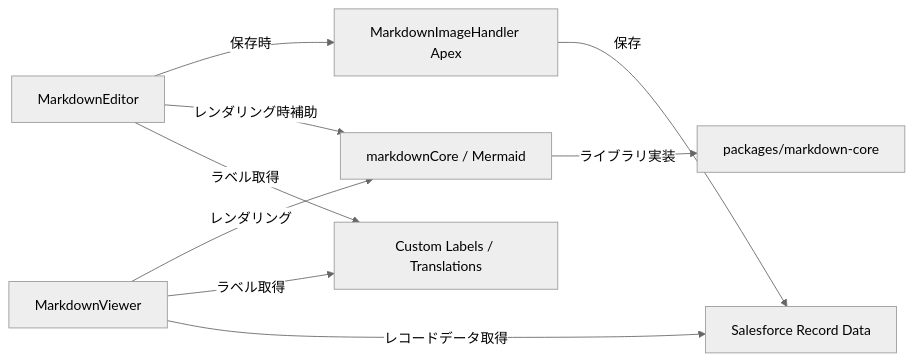
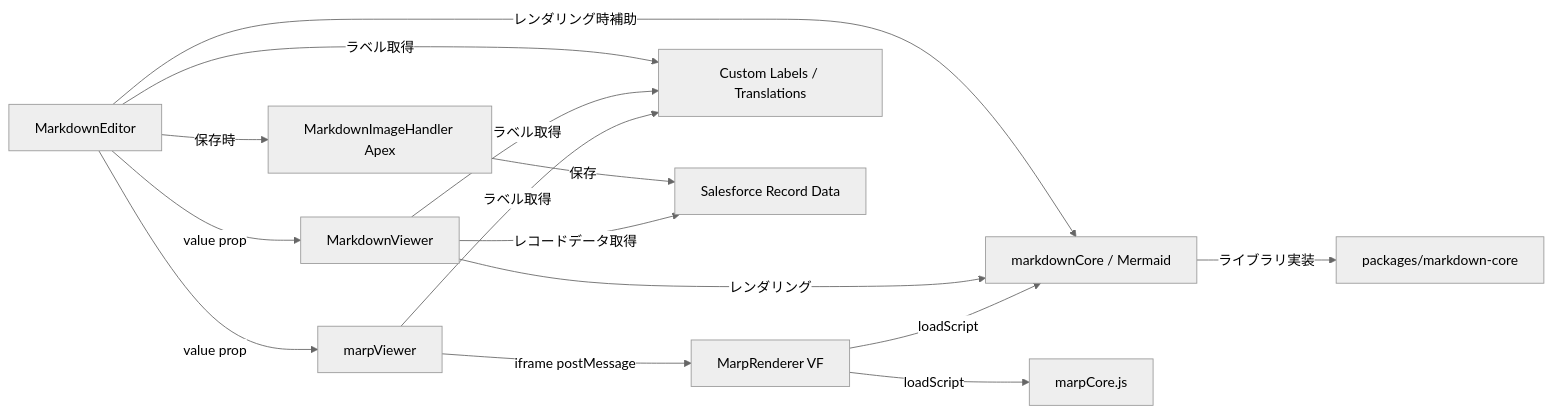
Before and after one commit to jsugawara-keizu/sf-markdown-editor: the diagram in docs/markdown-components.md, drawn with Mermaid (neutral theme). The commit also changed other lines of this file, not shown here.

First line of the commit message:
docs: marpViewer / MarpRenderer / marpCore の設計ドキュメント追加

````diff
--- a/docs/markdown-components.md
+++ b/docs/markdown-components.md
@@ -115,19 +152,28 @@
 ```mermaid
 flowchart LR
   E[MarkdownEditor]
   V[MarkdownViewer]
+  MV[marpViewer]
+  MR[MarpRenderer VF]
   A[MarkdownImageHandler Apex]
   MC[markdownCore / Mermaid]
+  MP[marpCore.js]
   P[packages/markdown-core]
   L[Custom Labels / Translations]
   R[Salesforce Record Data]
 
+  E -->|value prop| MV
+  E -->|value prop| V
   E -->|保存時| A
   A -->|保存| R
   E -->|レンダリング時補助| MC
   V -->|レンダリング| MC
   MC -->|ライブラリ実装| P
+  MV -->|iframe postMessage| MR
+  MR -->|loadScript| MP
+  MR -->|loadScript| MC
   E -->|ラベル取得| L
   V -->|ラベル取得| L
+  MV -->|ラベル取得| L
   V -->|レコードデータ取得| R
 ```
````
